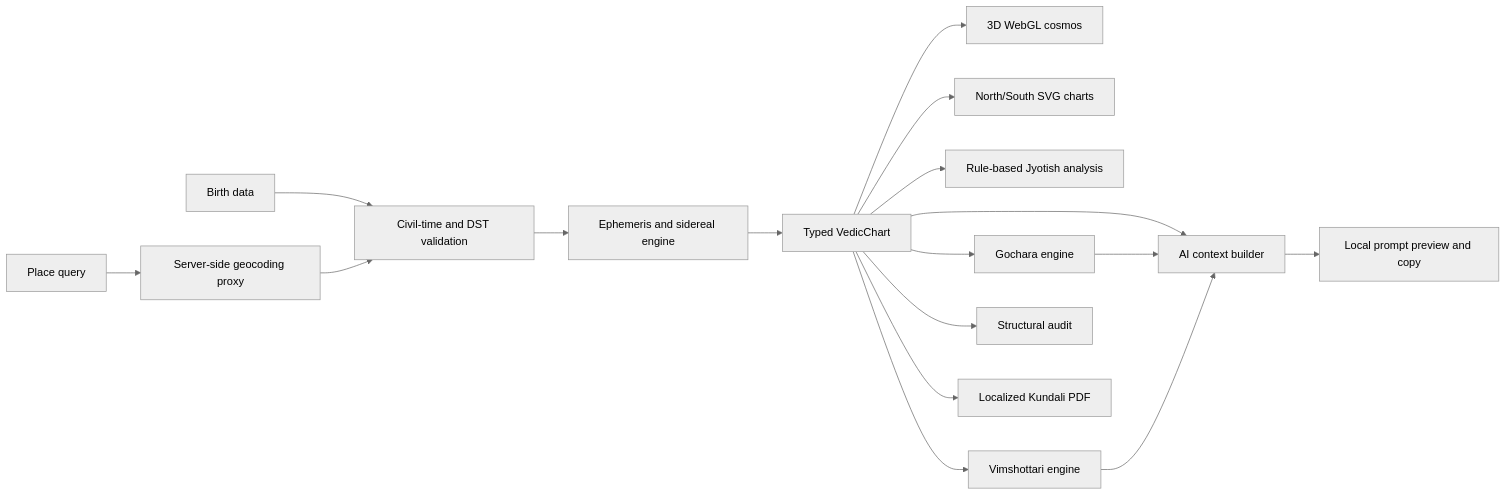
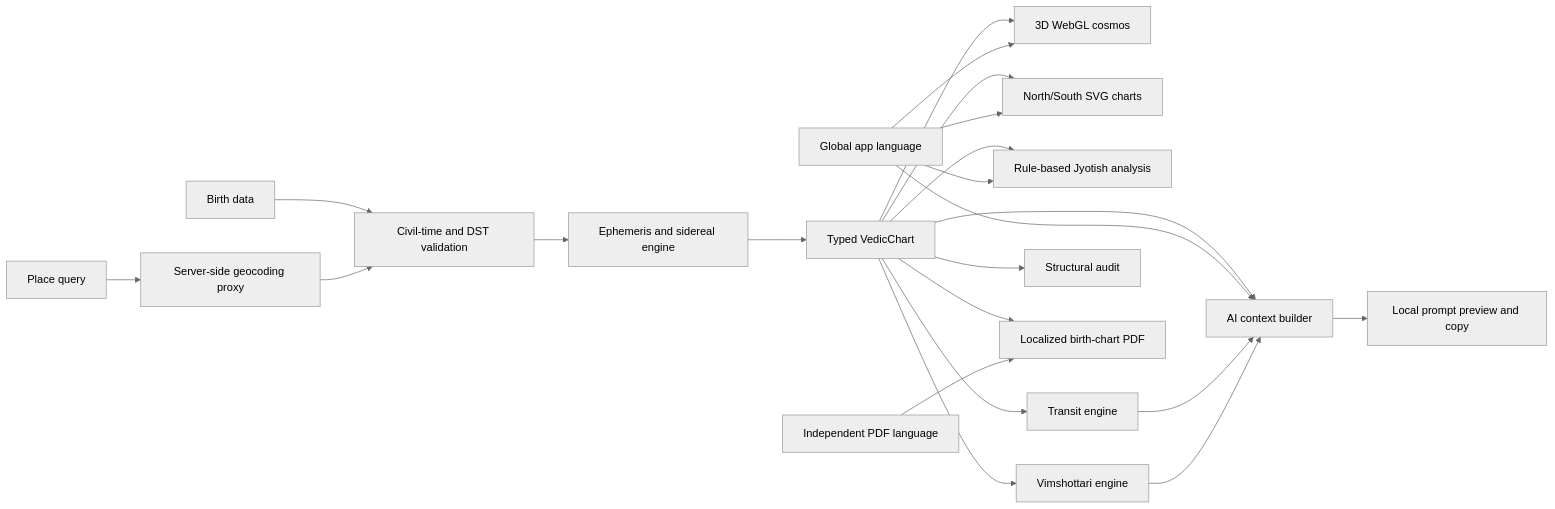
One commit to diprajkadlag/VedicAstrologer changed the diagram in README.md. Above: the diagram before and after it, drawn with Mermaid (neutral theme). The commit also changed other lines of this file and 45 other files, not shown here.

````diff
--- a/README.md
+++ b/README.md
@@ -165,19 +176,24 @@
 ```mermaid
 flowchart LR
     A[Birth data] --> B[Civil-time and DST validation]
     PQ[Place query] --> G[Server-side geocoding proxy]
     G --> B
     B --> E[Ephemeris and sidereal engine]
     E --> C[Typed VedicChart]
     C --> W[3D WebGL cosmos]
     C --> R[North/South SVG charts]
     C --> J[Rule-based Jyotish analysis]
-    C --> T[Gochara engine]
+    C --> T[Transit engine]
     C --> D[Vimshottari engine]
     C --> Q[Structural audit]
-    C --> PDF[Localized Kundali PDF]
+    C --> PDF[Localized birth-chart PDF]
+    PL[Independent PDF language] --> PDF
     C --> X[AI context builder]
+    AL[Global app language] --> W
+    AL --> R
+    AL --> J
+    AL --> X
     T --> X
     D --> X
     X --> H[Local prompt preview and copy]
 ```
````
